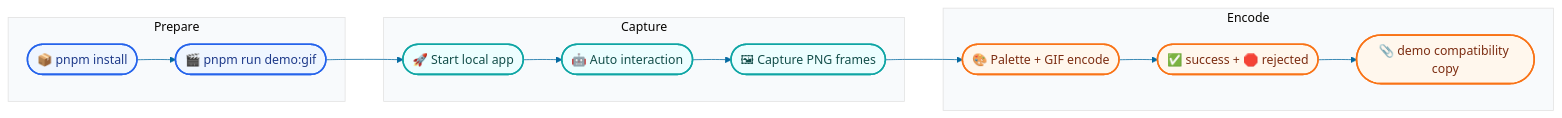
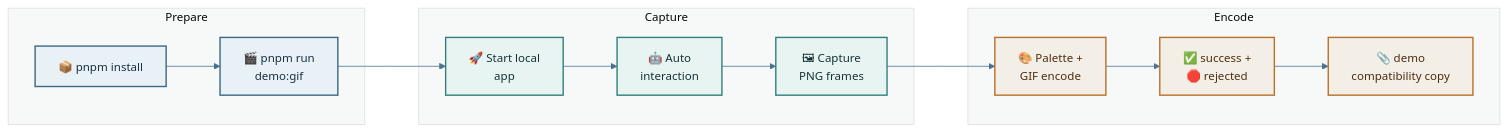
Before and after one commit to sunshineluyao/Moss-Mcp-Transaction: the second of 8 diagrams in README.md, drawn with Mermaid. The commit also changed other lines of this file, not shown here.

Commit message:
docs: improve mermaid readability and dark-light harmony

````diff
--- a/README.md
+++ b/README.md
@@ -189,29 +189,29 @@
 ```mermaid
-%%{init: {'theme':'base','themeVariables': {'fontFamily':'Trebuchet MS, Segoe UI, sans-serif','primaryColor':'#ecfeff','primaryBorderColor':'#0284c7','primaryTextColor':'#0f172a','lineColor':'#0369a1','secondaryColor':'#eff6ff','tertiaryColor':'#f8fafc'}}}%%
+%%{init: {'theme':'base','flowchart': {'htmlLabels': true, 'nodeSpacing': 56, 'rankSpacing': 70, 'curve': 'linear'},'themeVariables': {'fontFamily':'Trebuchet MS, Segoe UI, sans-serif','fontSize':'15px','primaryColor':'#e8f1f6','primaryBorderColor':'#3a6784','primaryTextColor':'#141f2a','lineColor':'#4a6f8f','secondaryColor':'#edf2f4','tertiaryColor':'#f7f8f8'}}}%%
 flowchart LR
   subgraph P1[Prepare]
-    A([📦 pnpm install]) --> B([🎬 pnpm run demo:gif])
+    A["📦 pnpm install"] --> B["🎬 pnpm run<br/>demo:gif"]
   end
 
   subgraph P2[Capture]
-    C([🚀 Start local app]) --> D([🤖 Auto interaction])
-    D --> E([🖼 Capture PNG frames])
+    C["🚀 Start local<br/>app"] --> D["🤖 Auto<br/>interaction"]
+    D --> E["🖼 Capture<br/>PNG frames"]
   end
 
   subgraph P3[Encode]
-    F([🎨 Palette + GIF encode])
-    G([✅ success + 🛑 rejected])
-    H([📎 demo compatibility copy])
+    F["🎨 Palette +<br/>GIF encode"]
+    G["✅ success +<br/>🛑 rejected"]
+    H["📎 demo<br/>compatibility copy"]
   end
 
   B --> C
   E --> F --> G --> H
 
-  classDef prep fill:#eff6ff,stroke:#2563eb,stroke-width:2px,color:#1e3a8a;
-  classDef capture fill:#ecfeff,stroke:#0ea5a4,stroke-width:2px,color:#134e4a;
-  classDef encode fill:#fff7ed,stroke:#f97316,stroke-width:2px,color:#7c2d12;
+  classDef prep fill:#e8f1f6,stroke:#3a6784,stroke-width:1.8px,color:#1a2f42;
+  classDef capture fill:#e8f4f2,stroke:#2f7f7a,stroke-width:1.8px,color:#163336;
+  classDef encode fill:#f4efe6,stroke:#b86f28,stroke-width:1.8px,color:#4d2e13;
 
   class A,B prep;
   class C,D,E capture;
   class F,G,H encode;
 ```
````
